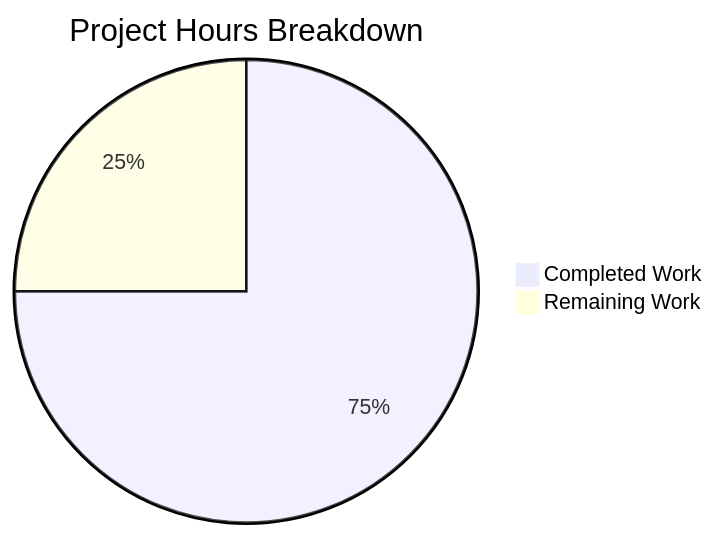
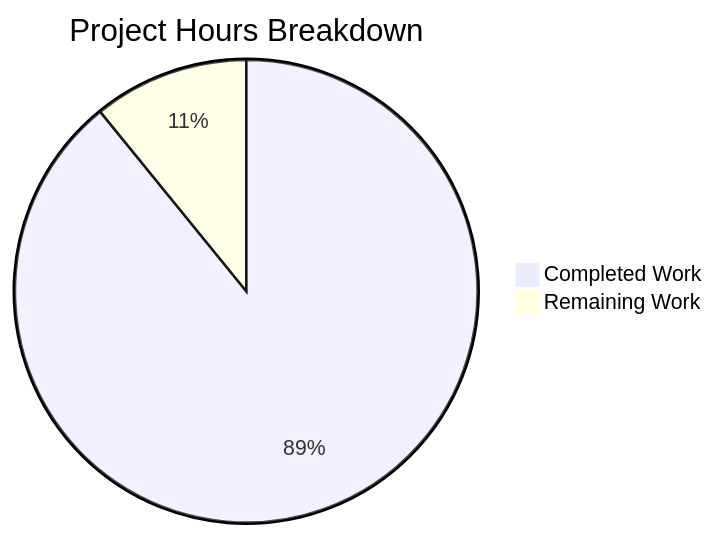
One commit to Blitzy-Sandbox/blitzy-formbricks changed the second of 2 diagrams in blitzy/documentation/Project Guide.md. Above: the diagram before and after it, drawn with Mermaid. The commit also changed other lines of this file, not shown here.

Commit message:
Adding Blitzy Project Guide: Project Status and Human Tasks Remaining

````diff
--- a/blitzy/documentation/Project Guide.md
+++ b/blitzy/documentation/Project Guide.md
@@ -227,5 +200,5 @@
 ```mermaid
 pie title Project Hours Breakdown
-    "Completed Work" : 66
-    "Remaining Work" : 22
+    "Completed Work" : 82
+    "Remaining Work" : 10
 ```
````
